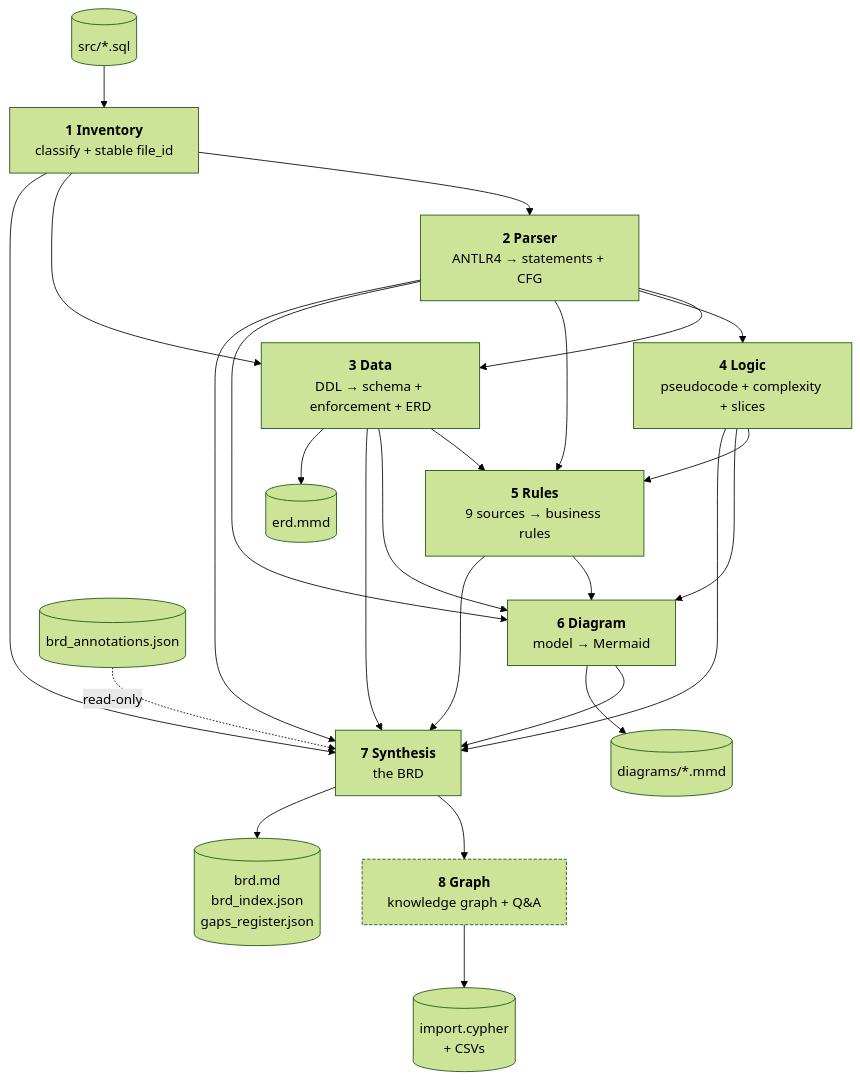
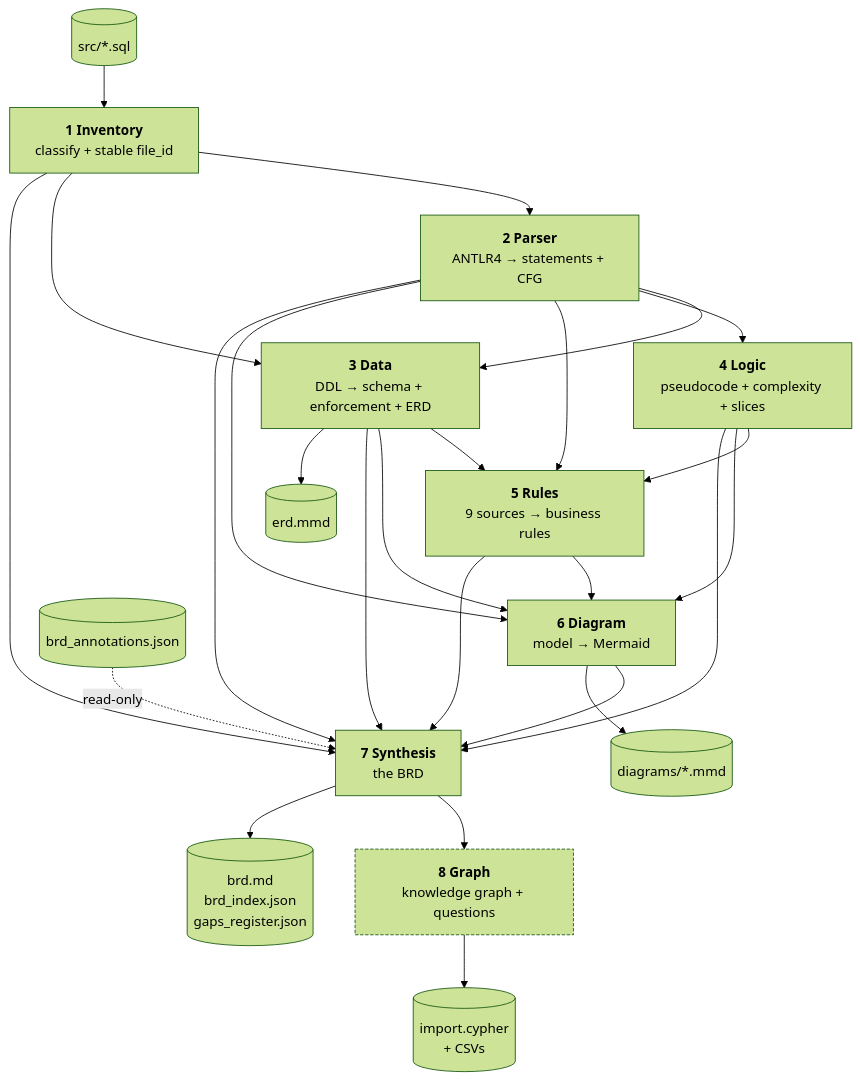
Before and after one commit to KrishnaAnnavaram/statute: the second of 17 diagrams in README.md, drawn with Mermaid (forest theme). The commit also changed other lines of this file and 1 other file, not shown here.

````diff
--- a/README.md
+++ b/README.md
@@ -187,41 +227,41 @@
 ```mermaid
 flowchart TD
     SRC[("src/*.sql")] --> A1
 
     A1["<b>1 Inventory</b><br/>classify + stable file_id"]
     A2["<b>2 Parser</b><br/>ANTLR4 → statements + CFG"]
     A3["<b>3 Data</b><br/>DDL → schema + enforcement + ERD"]
     A4["<b>4 Logic</b><br/>pseudocode + complexity + slices"]
     A5["<b>5 Rules</b><br/>9 sources → business rules"]
     A6["<b>6 Diagram</b><br/>model → Mermaid"]
     A7["<b>7 Synthesis</b><br/>the BRD"]
-    A8["<b>8 Graph</b><br/>knowledge graph + Q&A"]
+    A8["<b>8 Graph</b><br/>knowledge graph + questions"]
 
     A1 --> A2
     A1 --> A3
     A2 --> A3
     A2 --> A4
     A2 --> A5
     A3 --> A5
     A4 --> A5
     A2 --> A6
     A3 --> A6
     A4 --> A6
     A5 --> A6
     A1 --> A7
     A2 --> A7
     A3 --> A7
     A4 --> A7
     A5 --> A7
     A6 --> A7
     A7 --> A8
 
     A7 --> OUT[("brd.md<br/>brd_index.json<br/>gaps_register.json")]
     A6 --> MMD[("diagrams/*.mmd")]
     A3 --> ERD[("erd.mmd")]
     A8 --> CYP[("import.cypher<br/>+ CSVs")]
     ANN[("brd_annotations.json")] -.->|read-only| A7
 
     classDef opt stroke-dasharray: 4 2
     class A8 opt
 ```
````
